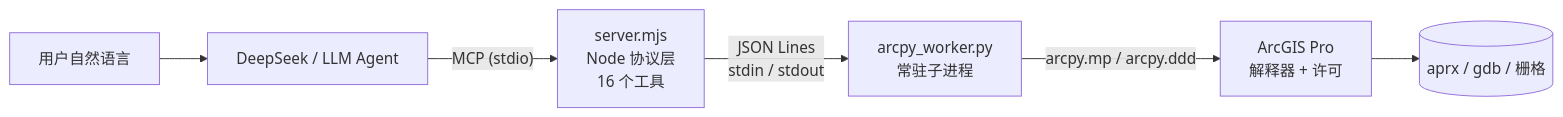
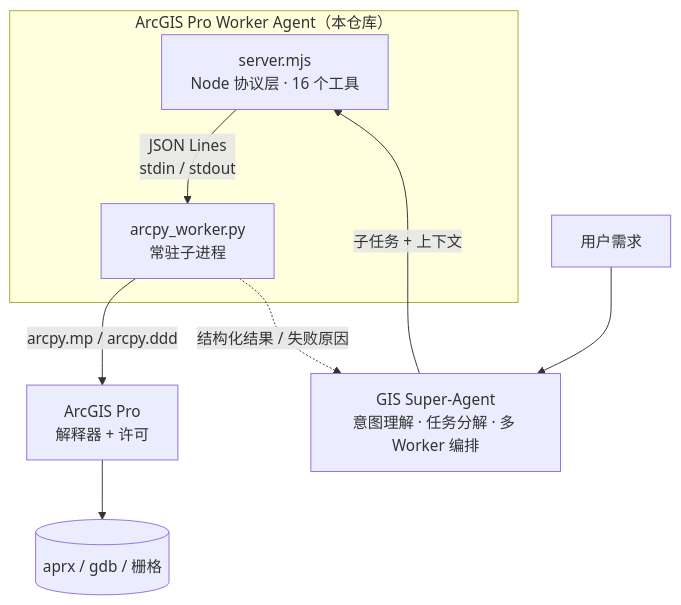
One commit to xiaohuajia2005/arcgis-pro-mcp-demo changed the diagram in README.md. Above: the diagram before and after it, drawn with Mermaid. The commit also changed other lines of this file and 1 other file, not shown here.

First line of the commit message:
docs: 修正项目定位为 GIS Super-Agent 的 Worker Agent

````diff
--- a/README.md
+++ b/README.md
@@ -27,8 +52,14 @@
 ```mermaid
-flowchart LR
-    U["用户自然语言"] --> A["DeepSeek / LLM Agent"]
-    A -->|"MCP (stdio)"| S["server.mjs<br/>Node 协议层<br/>16 个工具"]
-    S -->|"JSON Lines<br/>stdin / stdout"| W["arcpy_worker.py<br/>常驻子进程"]
+flowchart TB
+    subgraph WA["ArcGIS Pro Worker Agent（本仓库）"]
+        S["server.mjs<br/>Node 协议层 · 16 个工具"]
+        W["arcpy_worker.py<br/>常驻子进程"]
+        S -->|"JSON Lines<br/>stdin / stdout"| W
+    end
+
+    U["用户需求"] --> SA["GIS Super-Agent<br/>意图理解 · 任务分解 · 多 Worker 编排"]
+    SA -->|"子任务 + 上下文"| S
     W -->|"arcpy.mp / arcpy.ddd"| P["ArcGIS Pro<br/>解释器 + 许可"]
     P --> D[("aprx / gdb / 栅格")]
+    W -.->|"结构化结果 / 失败原因"| SA
 ```
````
